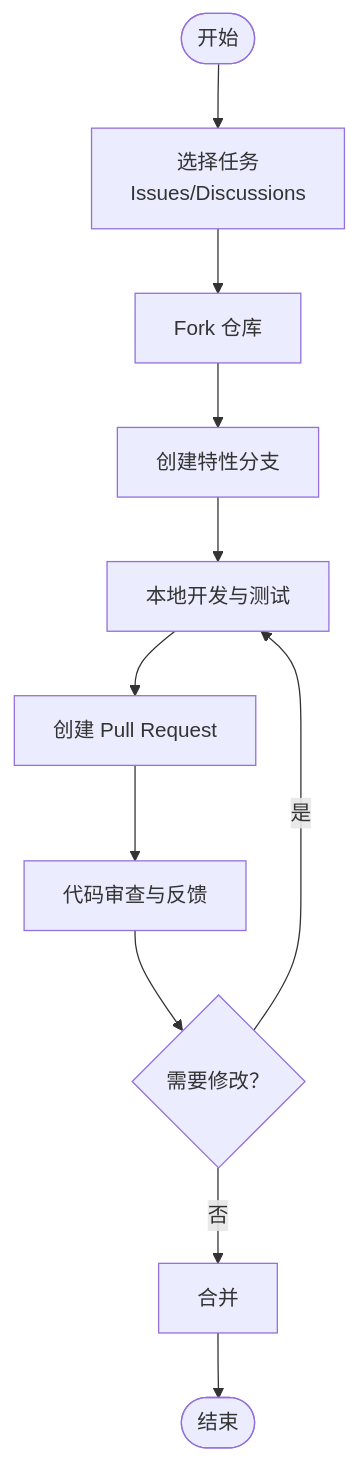
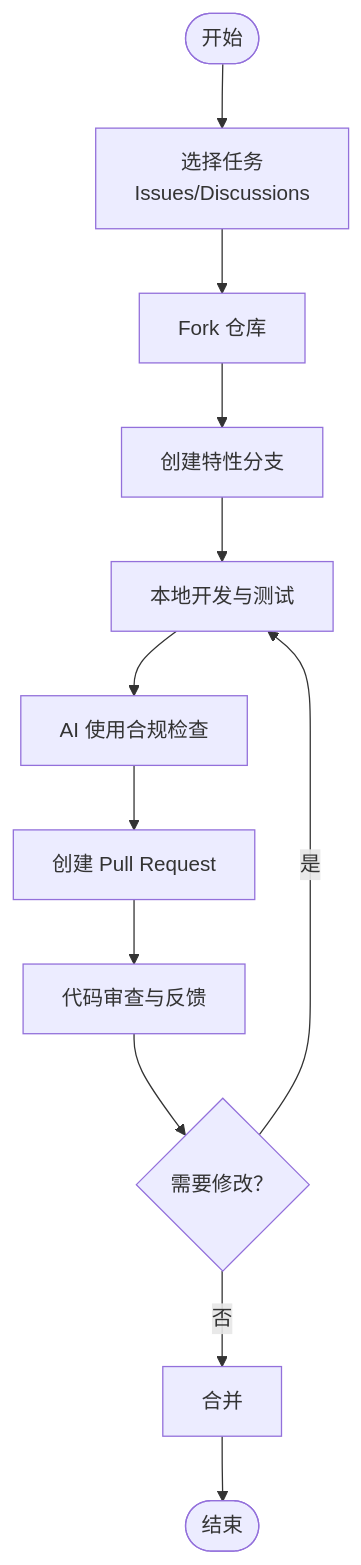
One commit to jianai0330/Fast-F1 changed the third of 7 diagrams in .qoder/repowiki/zh/content/开发者指南/开发者指南.md. Above: the diagram before and after it, drawn with Mermaid. The commit also changed other lines of this file and 22 other files, not shown here.

````diff
--- a/.qoder/repowiki/zh/content/开发者指南/开发者指南.md
+++ b/.qoder/repowiki/zh/content/开发者指南/开发者指南.md
@@ -137,13 +170,14 @@
 ```mermaid
 flowchart TD
 Start(["开始"]) --> Issue["选择任务<br/>Issues/Discussions"]
 Issue --> Fork["Fork 仓库"]
 Fork --> Branch["创建特性分支"]
 Branch --> Dev["本地开发与测试"]
-Dev --> PR["创建 Pull Request"]
+Dev --> AI["AI 使用合规检查"]
+AI --> PR["创建 Pull Request"]
 PR --> Review["代码审查与反馈"]
 Review --> Iterate{"需要修改？"}
 Iterate --> |是| Dev
 Iterate --> |否| Merge["合并"]
 Merge --> End(["结束"])
 ```
````
